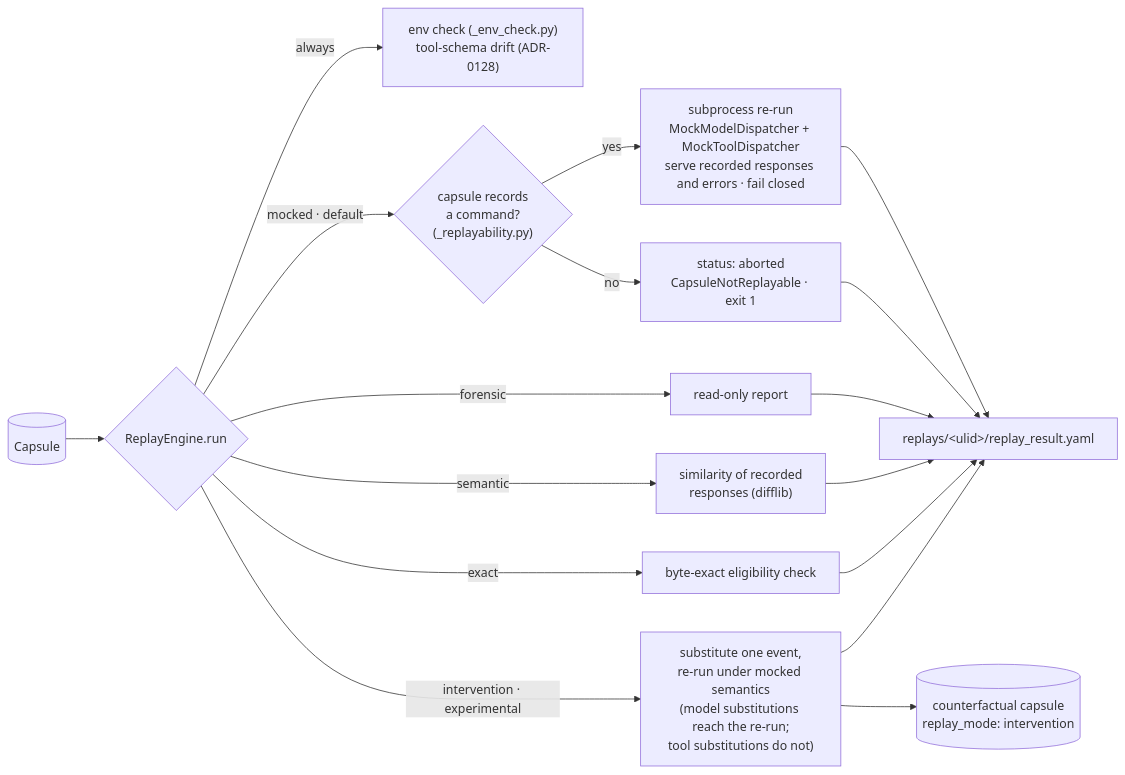
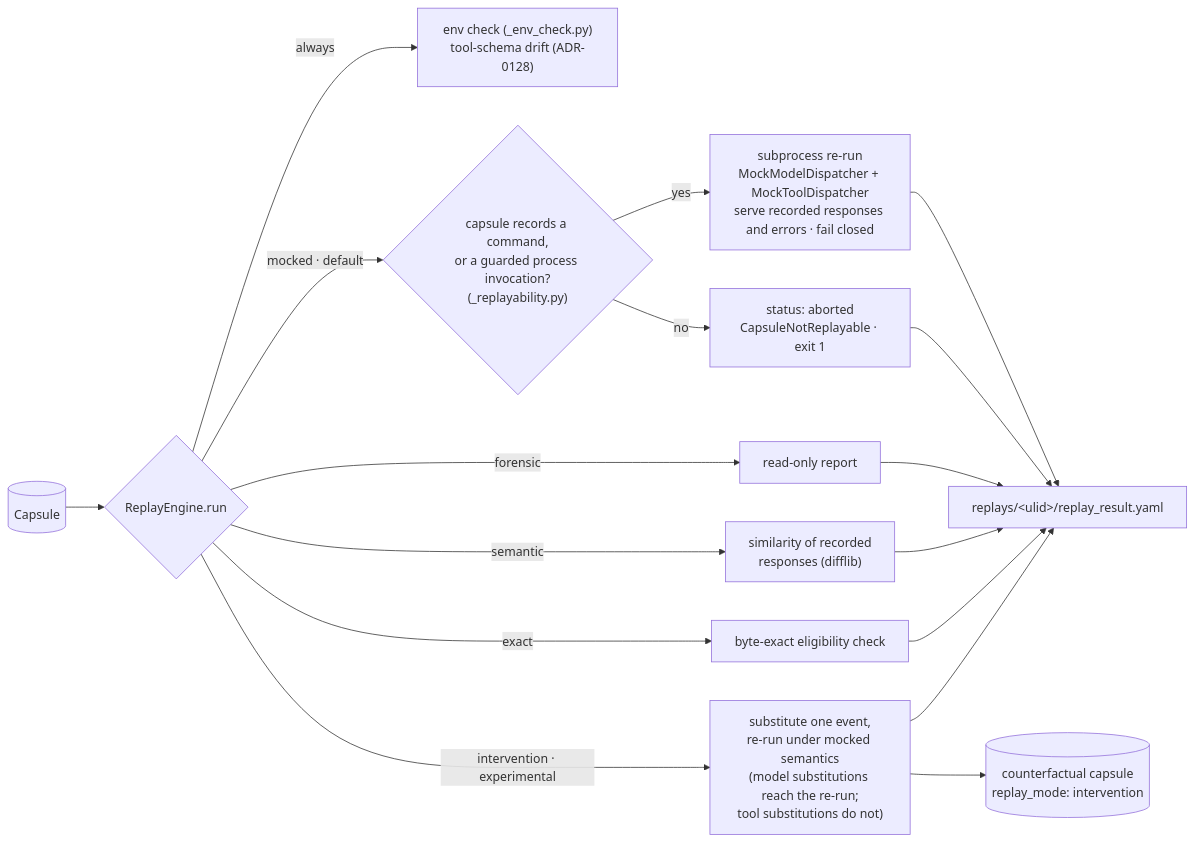
One commit to MSKazemi/novafabric changed the diagram in docs/architecture/replay-modes.md. Above: the diagram before and after it, drawn with Mermaid. The commit also changed other lines of this file and 37 other files, not shown here.

First line of the commit message:
feat(replay): adapter capsules record their process invocation and are re-run from it when every guard passes (ADR-0306 Q7, #56)

````diff
--- a/docs/architecture/replay-modes.md
+++ b/docs/architecture/replay-modes.md
@@ -35,14 +36,14 @@
 ```mermaid
 flowchart LR
     C[(Capsule)] --> E{ReplayEngine.run}
     E -->|always| CK["env check (_env_check.py)<br/>tool-schema drift (ADR-0128)"]
-    E -->|mocked · default| RQ{"capsule records<br/>a command?<br/>(_replayability.py)"}
+    E -->|mocked · default| RQ{"capsule records a command,<br/>or a guarded process invocation?<br/>(_replayability.py)"}
     RQ -->|no| AB["status: aborted<br/>CapsuleNotReplayable · exit 1"]
     RQ -->|yes| M["subprocess re-run<br/>MockModelDispatcher + MockToolDispatcher<br/>serve recorded responses and errors · fail closed"]
     E -->|forensic| F["read-only report"]
     E -->|semantic| S["similarity of recorded<br/>responses (difflib)"]
     E -->|exact| X["byte-exact eligibility check"]
     E -->|intervention · experimental| I["substitute one event,<br/>re-run under mocked semantics<br/>(model substitutions reach the re-run;<br/>tool substitutions do not)"]
     M & AB & F & S & X & I --> R["replays/&lt;ulid&gt;/replay_result.yaml"]
     I --> CC[(counterfactual capsule<br/>replay_mode: intervention)]
 ```
````
